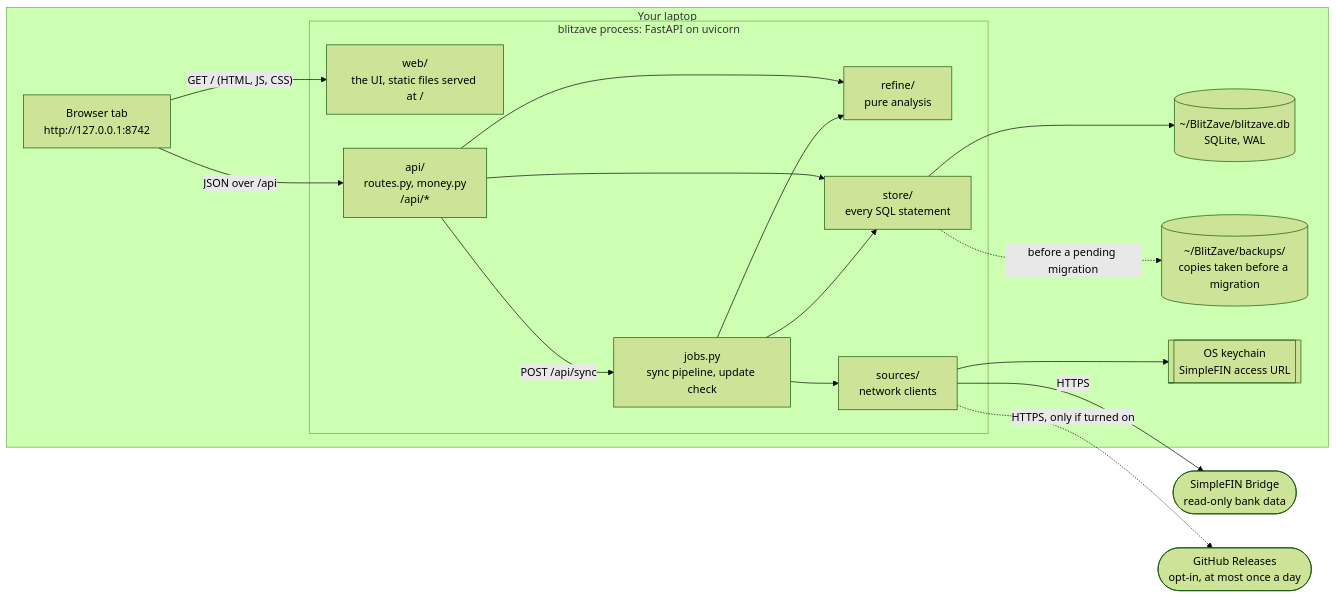
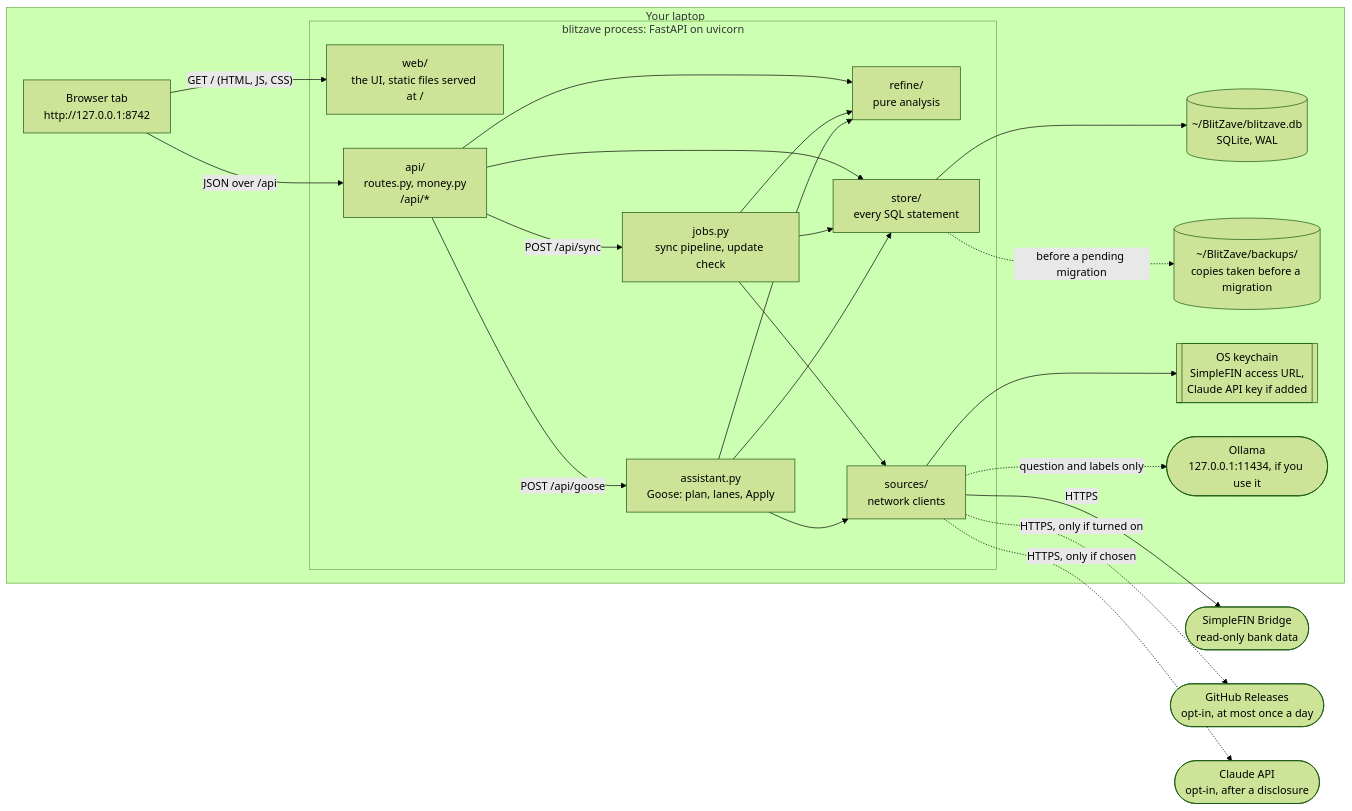
The first of 7 diagrams in ARCHITECTURE.md (blitzave/blitzave), drawn with Mermaid (forest theme) before and after one commit. The commit also changed other lines of this file and 17 other files, not shown here.

````diff
--- a/ARCHITECTURE.md
+++ b/ARCHITECTURE.md
@@ -23,33 +24,42 @@
 ```mermaid
 flowchart LR
   subgraph laptop["Your laptop"]
     browser["Browser tab<br/>http://127.0.0.1:8742"]
     subgraph engine["blitzave process: FastAPI on uvicorn"]
       web["web/<br/>the UI, static files served at /"]
       api["api/<br/>routes.py, money.py<br/>/api/*"]
       jobs["jobs.py<br/>sync pipeline, update check"]
+      assistant["assistant.py<br/>Goose: plan, lanes, Apply"]
       refine["refine/<br/>pure analysis"]
       store["store/<br/>every SQL statement"]
       sources["sources/<br/>network clients"]
     end
     db[("~/BlitZave/blitzave.db<br/>SQLite, WAL")]
     backups[("~/BlitZave/backups/<br/>copies taken before a migration")]
-    keychain[["OS keychain<br/>SimpleFIN access URL"]]
+    keychain[["OS keychain<br/>SimpleFIN access URL,<br/>Claude API key if added"]]
+    ollama(["Ollama<br/>127.0.0.1:11434, if you use it"])
   end
   simplefin(["SimpleFIN Bridge<br/>read-only bank data"])
   github(["GitHub Releases<br/>opt-in, at most once a day"])
+  claude(["Claude API<br/>opt-in, after a disclosure"])
 
   browser -->|"GET / (HTML, JS, CSS)"| web
   browser -->|"JSON over /api"| api
   api --> store
   api --> refine
   api -->|"POST /api/sync"| jobs
+  api -->|"POST /api/goose"| assistant
   jobs --> sources
   jobs --> store
   jobs --> refine
+  assistant --> sources
+  assistant --> store
+  assistant --> refine
   store --> db
   store -.->|"before a pending migration"| backups
   sources --> keychain
   sources -->|"HTTPS"| simplefin
   sources -.->|"HTTPS, only if turned on"| github
+  sources -.->|"question and labels only"| ollama
+  sources -.->|"HTTPS, only if chosen"| claude
 ```
````
